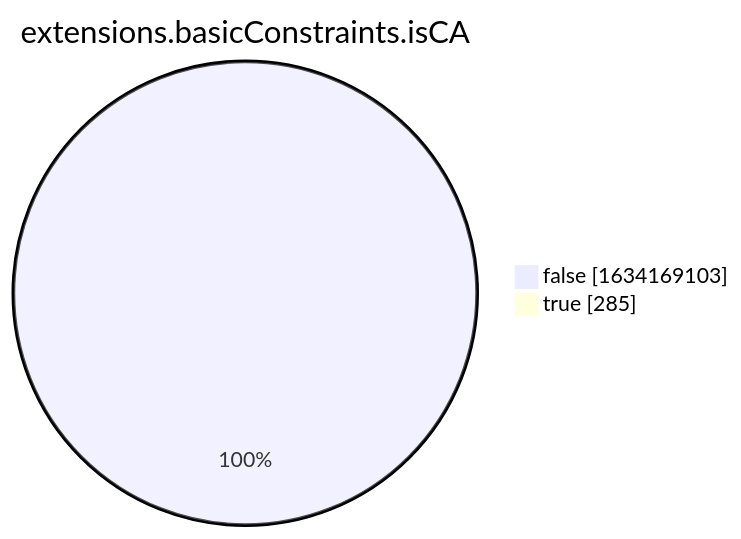
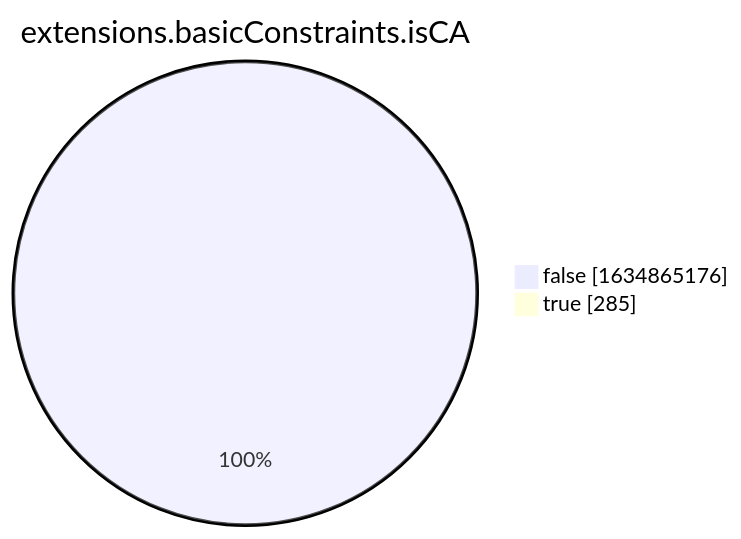
Before and after one commit to christiankrug/ctmonitor_visualization: the eighth of 15 diagrams in xenon2022/README.md, drawn with Mermaid. The commit also changed other lines of this file, not shown here.

````diff
--- a/xenon2022/README.md
+++ b/xenon2022/README.md
@@ -2863,6 +2863,6 @@
 ```mermaid
 pie showData
 title extensions.basicConstraints.isCA
-"false" :1634169103
+"false" :1634865176
 "true" :285
 ```
````
